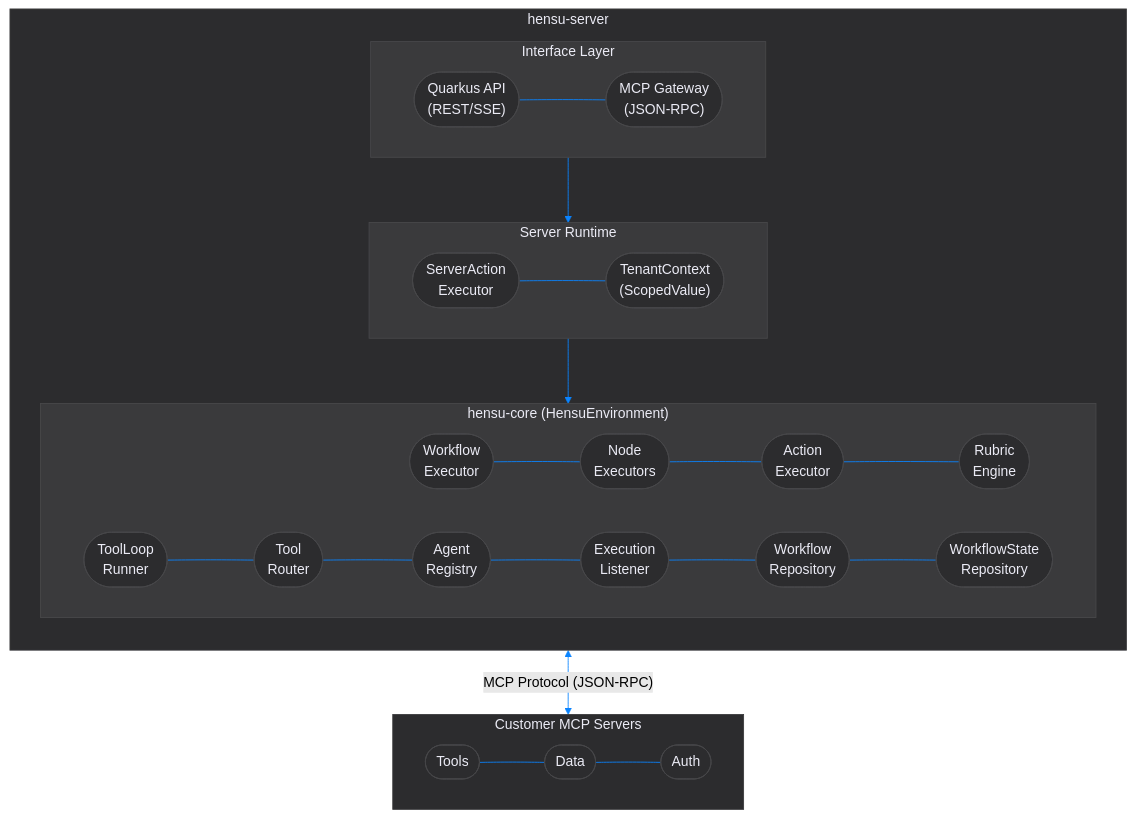
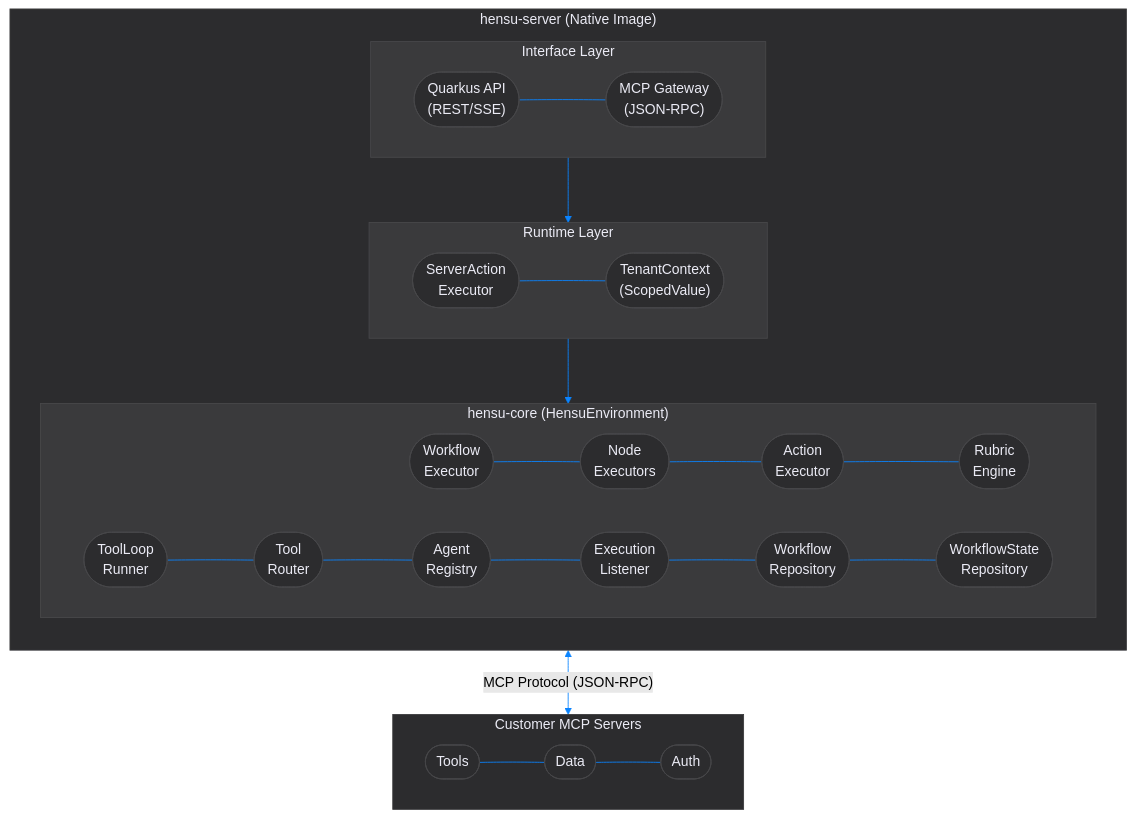
One commit to hensu-project/hensu changed the fifth of 9 diagrams in docs/unified-architecture.md. Above: the diagram before and after it, drawn with Mermaid (forest theme). The commit also changed other lines of this file and 112 other files, not shown here.

````diff
--- a/docs/unified-architecture.md
+++ b/docs/unified-architecture.md
@@ -399,55 +449,55 @@
 ```mermaid
 flowchart TD
-    subgraph server["hensu-server"]
+    subgraph server["hensu-server (Native Image)"]
         direction TB
         subgraph iface["Interface Layer"]
             direction LR
             qapi(["Quarkus API\n(REST/SSE)"]) ~~~ mcpgw(["MCP Gateway\n(JSON-RPC)"])
         end
 
-        subgraph runtime["Server Runtime"]
+        subgraph runtime["Runtime Layer"]
             direction LR
             sae(["ServerAction\nExecutor"]) ~~~ tc(["TenantContext\n(ScopedValue)"])
         end
 
         subgraph core["hensu-core (HensuEnvironment)"]
             direction LR
             we(["Workflow\nExecutor"]) ~~~ ne(["Node\nExecutors"]) ~~~ ae(["Action\nExecutor"]) ~~~ re(["Rubric\nEngine"])
             tlr(["ToolLoop\nRunner"]) ~~~ tr(["Tool\nRouter"]) ~~~ ar(["Agent\nRegistry"]) ~~~ el(["Execution\nListener"]) ~~~ wr(["Workflow\nRepository"]) ~~~ wsr(["WorkflowState\nRepository"])
         end
     end
 
     subgraph ext["Customer MCP Servers"]
         direction LR
         tools(["Tools"]) ~~~ data(["Data"]) ~~~ auth(["Auth"])
     end
 
     iface --> runtime --> core
     core <-->|"MCP Protocol (JSON-RPC)"| ext
 
     style server fill:#2c2c2e, stroke:#3a3a3c, color:#ebebf5, stroke-width:1px
     style iface fill:#3a3a3c, stroke:#48484a, color:#ebebf5, stroke-width:1px
     style runtime fill:#3a3a3c, stroke:#48484a, color:#ebebf5, stroke-width:1px
     style core fill:#3a3a3c, stroke:#48484a, color:#ebebf5, stroke-width:1px
     style ext fill:#2c2c2e, stroke:#3a3a3c, color:#ebebf5, stroke-width:1px
 
     style qapi fill:#2c2c2e, stroke:#48484a, color:#ebebf5, stroke-width:1px
     style mcpgw fill:#2c2c2e, stroke:#48484a, color:#ebebf5, stroke-width:1px
     style sae fill:#2c2c2e, stroke:#48484a, color:#ebebf5, stroke-width:1px
     style tc fill:#2c2c2e, stroke:#48484a, color:#ebebf5, stroke-width:1px
     style we fill:#2c2c2e, stroke:#48484a, color:#ebebf5, stroke-width:1px
     style ne fill:#2c2c2e, stroke:#48484a, color:#ebebf5, stroke-width:1px
     style ae fill:#2c2c2e, stroke:#48484a, color:#ebebf5, stroke-width:1px
     style re fill:#2c2c2e, stroke:#48484a, color:#ebebf5, stroke-width:1px
     style tlr fill:#2c2c2e, stroke:#48484a, color:#ebebf5, stroke-width:1px
     style tr fill:#2c2c2e, stroke:#48484a, color:#ebebf5, stroke-width:1px
     style ar fill:#2c2c2e, stroke:#48484a, color:#ebebf5, stroke-width:1px
     style el fill:#2c2c2e, stroke:#48484a, color:#ebebf5, stroke-width:1px
     style wr fill:#2c2c2e, stroke:#48484a, color:#ebebf5, stroke-width:1px
     style wsr fill:#2c2c2e, stroke:#48484a, color:#ebebf5, stroke-width:1px
     style tools fill:#2c2c2e, stroke:#48484a, color:#ebebf5, stroke-width:1px
     style data fill:#2c2c2e, stroke:#48484a, color:#ebebf5, stroke-width:1px
     style auth fill:#2c2c2e, stroke:#48484a, color:#ebebf5, stroke-width:1px
 
     linkStyle default stroke:#0A84FF, stroke-width:1px
 ```
````
